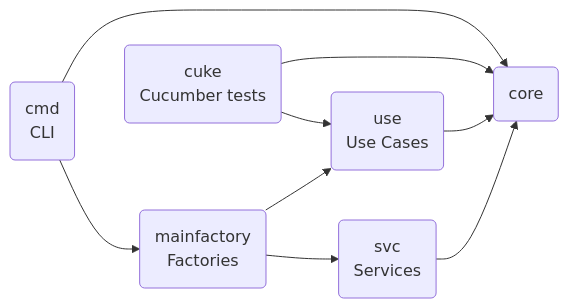
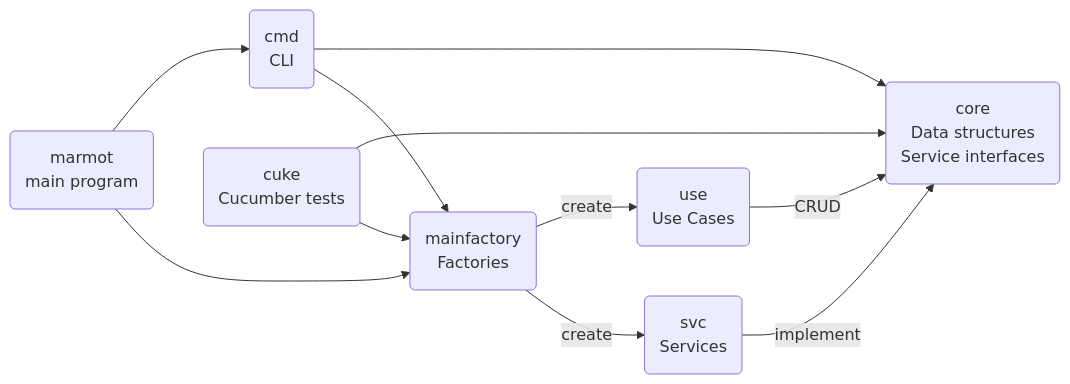
One commit to kkrull/marmot changed the diagram in doc/decisions.md. Above: the diagram before and after it, drawn with Mermaid. The commit also changed other lines of this file, not shown here.

Commit message:
Annotate

````diff
--- a/doc/decisions.md
+++ b/doc/decisions.md
@@ -175,26 +175,29 @@
 ```mermaid
 graph LR
 
 %% Core and dependencies
-core(core)
+core(core<br/>Data structures<br/>Service interfaces)
 svc(svc<br/>Services)
 use(use<br/>Use Cases)
 
-svc --> core
-use --> core
+svc -->|implement| core
+use -->|CRUD| core
 
 %% Main program
 cmd(cmd<br/>CLI)
 mainfactory(mainfactory<br/>Factories)
+marmot(marmot<br/>main program)
 
 cmd --> core
 cmd --> mainfactory
-mainfactory --> use
-mainfactory --> svc
+mainfactory -->|create| use
+mainfactory -->|create| svc
+marmot --> cmd
+marmot --> mainfactory
 
 %% Test support
 cuke(cuke<br/>Cucumber tests)
 
 cuke --> core
-cuke --> use
+cuke --> mainfactory
 ```
````
